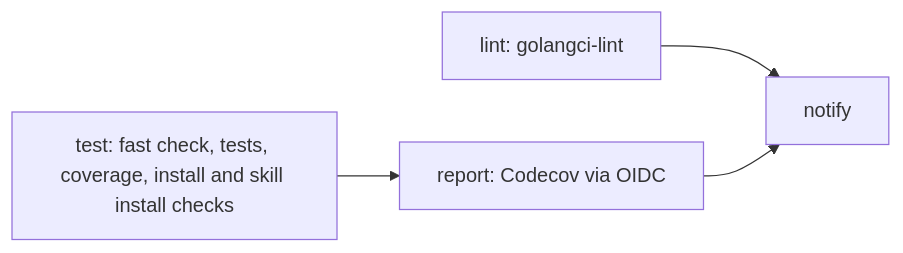
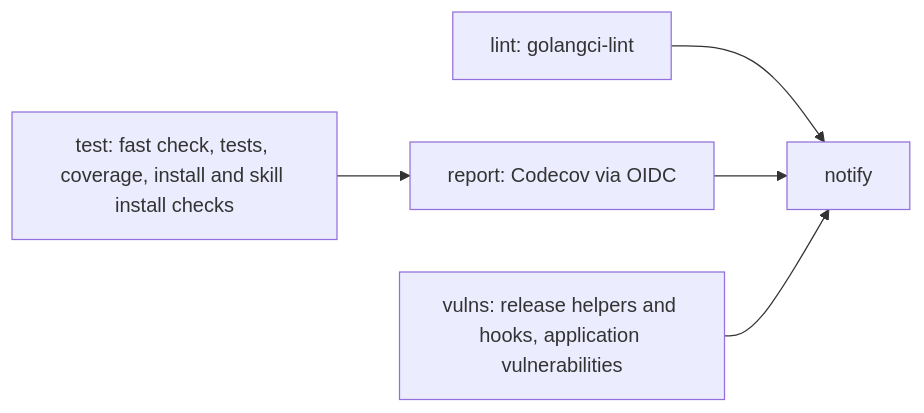
The second of 10 diagrams in .github/workflows/README.md (octopot/indexit), drawn with Mermaid before and after one commit. The commit also changed other lines of this file and 4 other files, not shown here.

Commit message:
ci/cd: check the release tag against the local branch, time out network probes and test the release helpers

````diff
--- a/.github/workflows/README.md
+++ b/.github/workflows/README.md
@@ -55,6 +55,7 @@
 ```mermaid
 flowchart LR
   lint[lint: golangci-lint]
   test[test: fast check, tests, coverage, install and skill install checks] --> report[report: Codecov via OIDC]
-  lint & report --> notify[notify]
+  vulns[vulns: release helpers and hooks, application vulnerabilities]
+  lint & report & vulns --> notify[notify]
 ```
````
